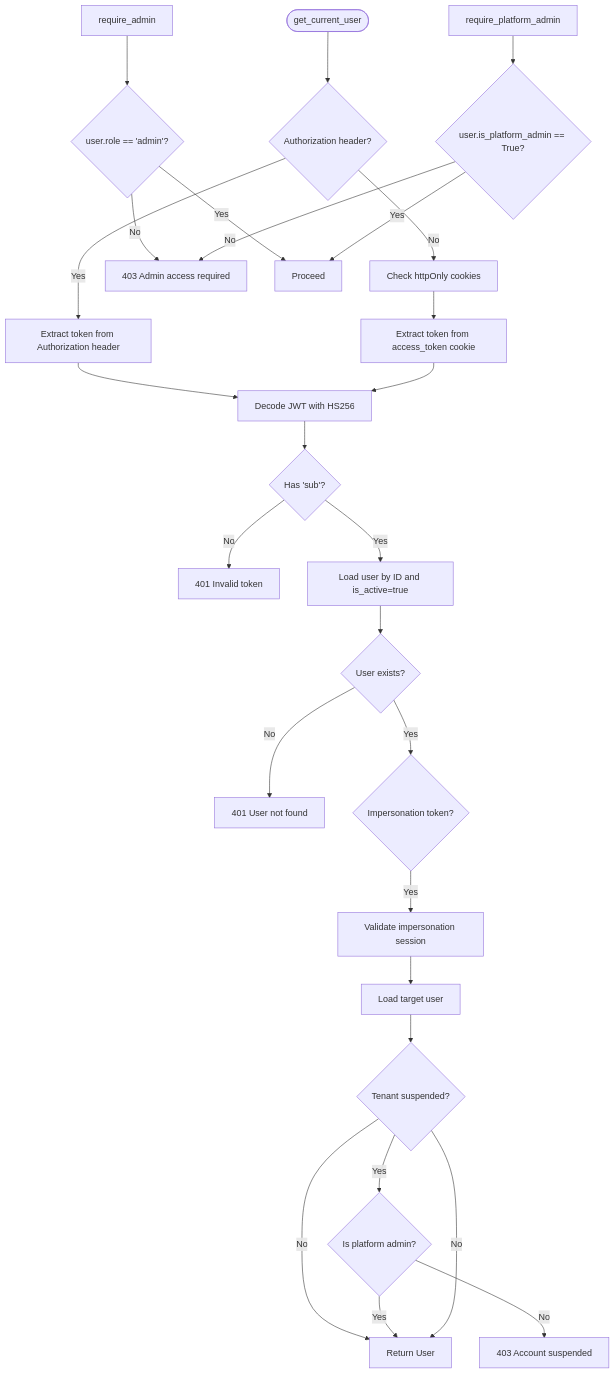
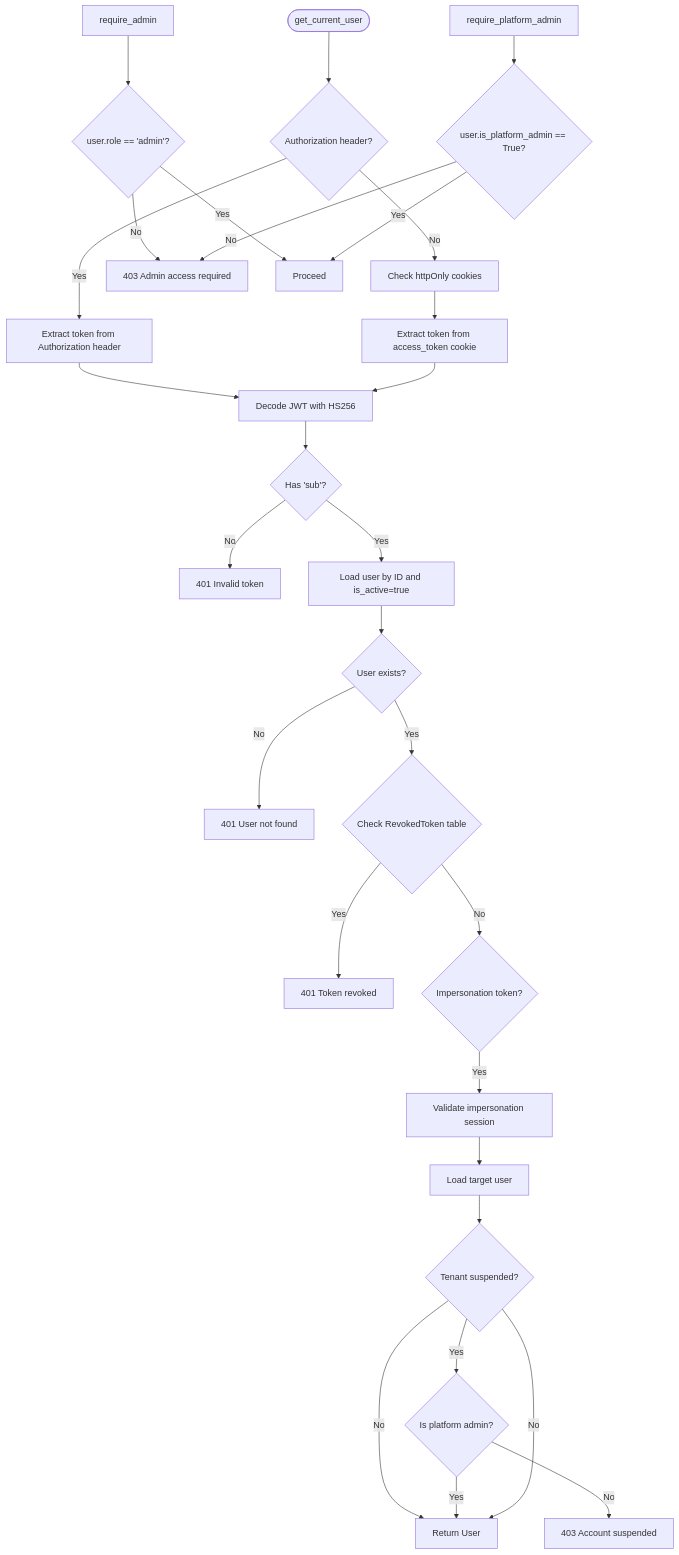
Before and after one commit to Revanththetalogics/aireume: the third of 19 diagrams in .qoder/repowiki/en/content/Authentication & Authorization/Authentication & Authorization.md, drawn with Mermaid. The commit also changed other lines of this file and 13 other files, not shown here.

````diff
--- a/.qoder/repowiki/en/content/Authentication & Authorization/Authentication & Authorization.md
+++ b/.qoder/repowiki/en/content/Authentication & Authorization/Authentication & Authorization.md
@@ -239,29 +257,31 @@
 ```mermaid
 flowchart TD
 Start(["get_current_user"]) --> CheckAuthType{"Authorization header?"}
 CheckAuthType --> |Yes| ExtractHeader["Extract token from Authorization header"]
 CheckAuthType --> |No| CheckCookies["Check httpOnly cookies"]
 ExtractHeader --> Decode["Decode JWT with HS256"]
 CheckCookies --> CookieToken["Extract token from access_token cookie"]
 CookieToken --> Decode
 Decode --> Claims{"Has 'sub'?"}
 Claims --> |No| InvalidToken["401 Invalid token"]
 Claims --> |Yes| LoadUser["Load user by ID and is_active=true"]
 LoadUser --> Found{"User exists?"}
 Found --> |No| NotFound["401 User not found"]
-Found --> |Yes| CheckImpersonation{"Impersonation token?"}
+Found --> |Yes| CheckRevoked{"Check RevokedToken table"}
+CheckRevoked --> |Yes| Revoked["401 Token revoked"]
+CheckRevoked --> |No| CheckImpersonation{"Impersonation token?"}
 CheckImpersonation --> |Yes| ValidateImpersonation["Validate impersonation session"]
 ValidateImpersonation --> LoadTargetUser["Load target user"]
 LoadTargetUser --> CheckSuspension{"Tenant suspended?"}
 CheckSuspension --> |No| ReturnUser["Return User"]
 CheckSuspension --> |Yes| CheckPlatformAdmin{"Is platform admin?"}
 CheckPlatformAdmin --> |Yes| ReturnUser
 CheckPlatformAdmin --> |No| Suspended["403 Account suspended"]
 CheckSuspension --> |No| ReturnUser
 AdminCheck["require_admin"] --> Role{"user.role == 'admin'?"}
 Role --> |No| Forbidden["403 Admin access required"]
 Role --> |Yes| Allow["Proceed"]
 PlatformAdminCheck["require_platform_admin"] --> Platform{"user.is_platform_admin == True?"}
 Platform --> |No| Forbidden
 Platform --> |Yes| Allow
 ```
````
